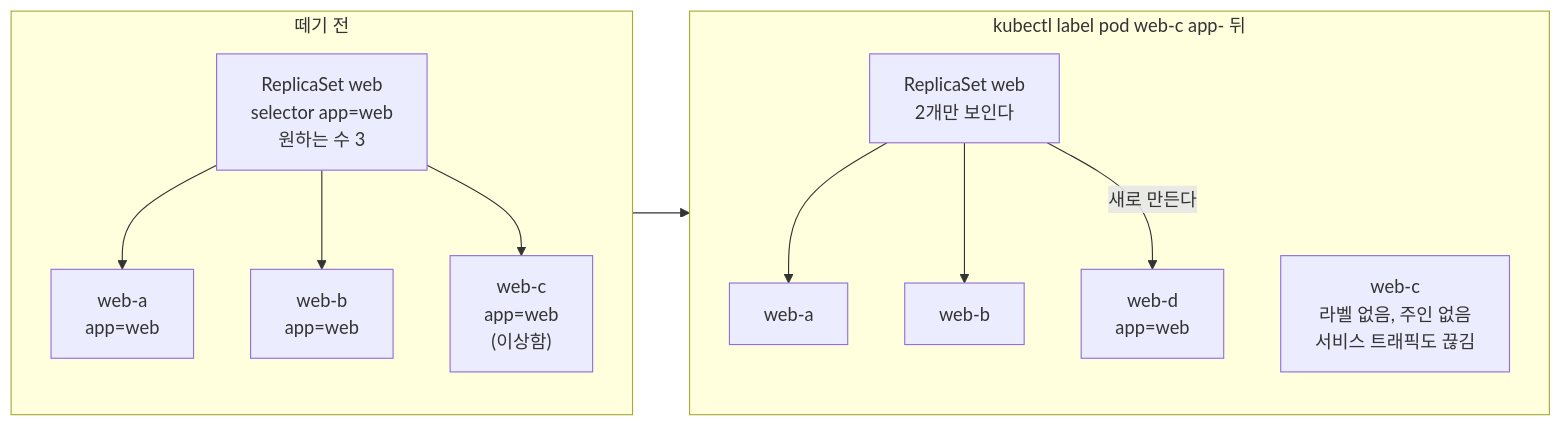
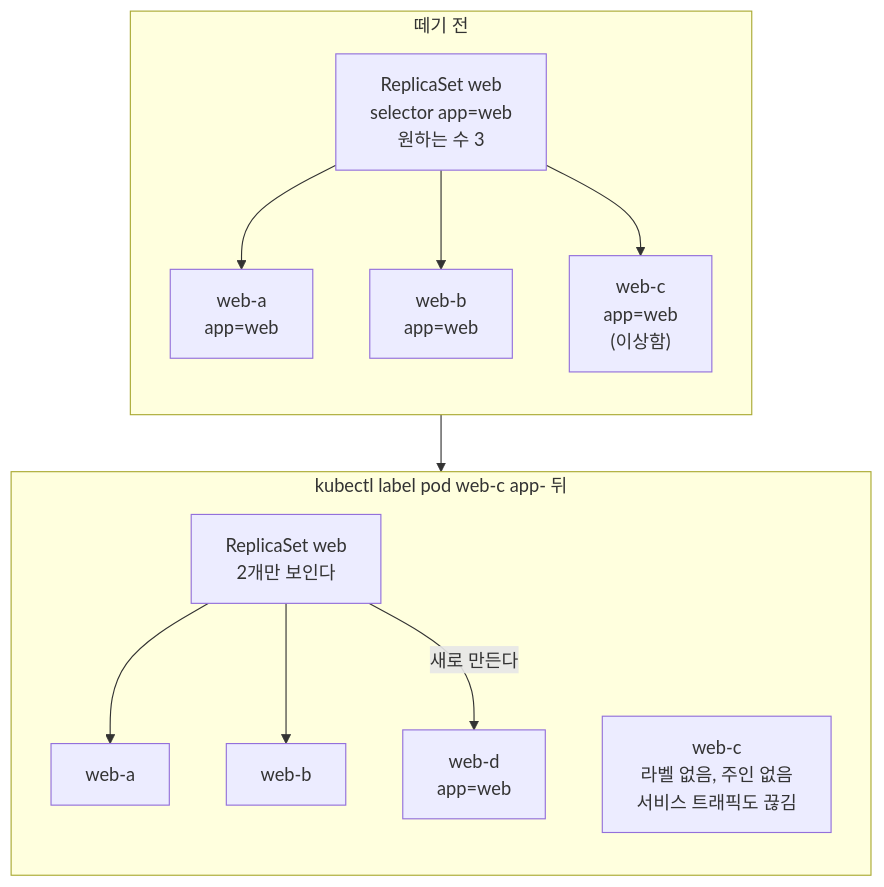
One commit to Ducaster/ducaster.github.io changed the diagram in content/blog/kubernetes-소식/11-v1-35-미리보기와-설정-모범-사례/index.md. Above: the diagram before and after it, drawn with Mermaid. The commit also changed 36 other files, not shown here.

```diff
--- a/content/blog/kubernetes-소식/11-v1-35-미리보기와-설정-모범-사례/index.md
+++ b/content/blog/kubernetes-소식/11-v1-35-미리보기와-설정-모범-사례/index.md
@@ -108,17 +108,17 @@
 {{< mermaid >}}
-flowchart LR
+flowchart TB
   subgraph before["떼기 전"]
     direction TB
     RS1["ReplicaSet web<br>selector app=web<br>원하는 수 3"] --> P1["web-a<br>app=web"]
     RS1 --> P2["web-b<br>app=web"]
     RS1 --> P3["web-c<br>app=web<br>(이상함)"]
   end
   subgraph after["kubectl label pod web-c app- 뒤"]
     direction TB
     RS2["ReplicaSet web<br>2개만 보인다"] --> Q1["web-a"]
     RS2 --> Q2["web-b"]
     RS2 -->|"새로 만든다"| Q4["web-d<br>app=web"]
     Q3["web-c<br>라벨 없음, 주인 없음<br>서비스 트래픽도 끊김"]
   end
   before --> after
 {{< /mermaid >}}
```
